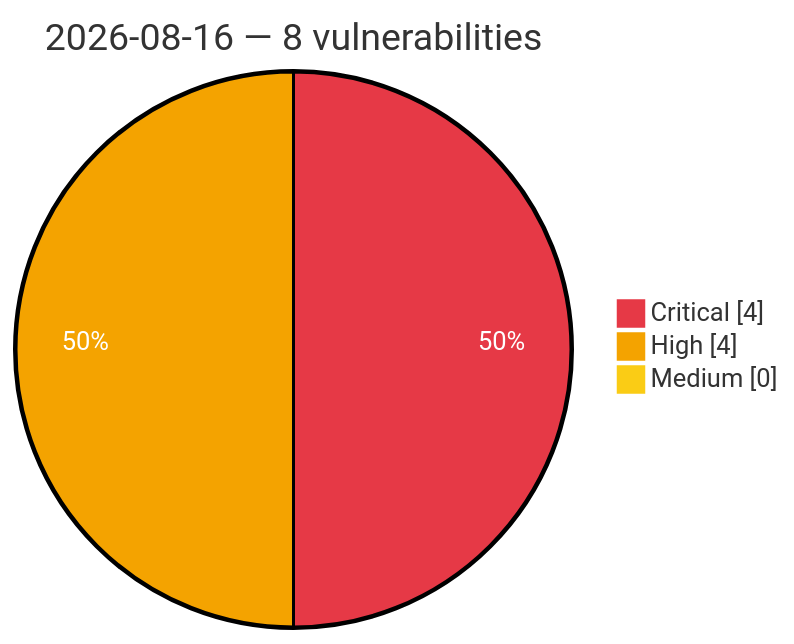
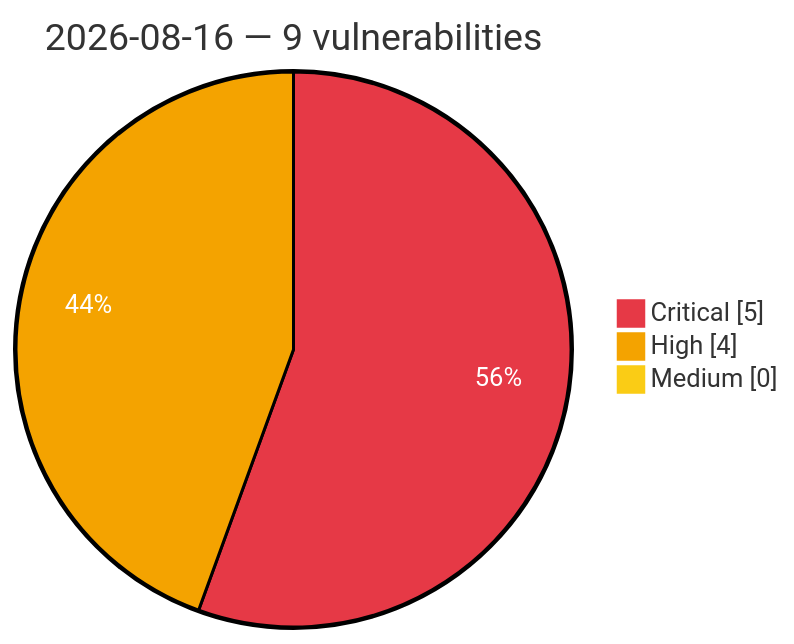
Before and after one commit to GhostX0X/vuln-tracker: the diagram in vulnerabilities/2026/August/2026-08-16.md, drawn with Mermaid. The commit also changed other lines of this file and 5 other files, not shown here.

````diff
--- a/vulnerabilities/2026/August/2026-08-16.md
+++ b/vulnerabilities/2026/August/2026-08-16.md
@@ -3,8 +3,8 @@
 ```mermaid
 %%{init: {'theme':'base', 'themeVariables': {'pie1':'#e63946', 'pie2':'#f4a300', 'pie3':'#facc15', 'pieOpacity':'1', 'pieOuterStrokeWidth':'2px', 'pieSectionTextColor':'#ffffff'}}}%%
 pie showData
-    title 2026-08-16 — 8 vulnerabilities
-    "Critical" : 4
+    title 2026-08-16 — 9 vulnerabilities
+    "Critical" : 5
     "High" : 4
     "Medium" : 0
 ```
````
